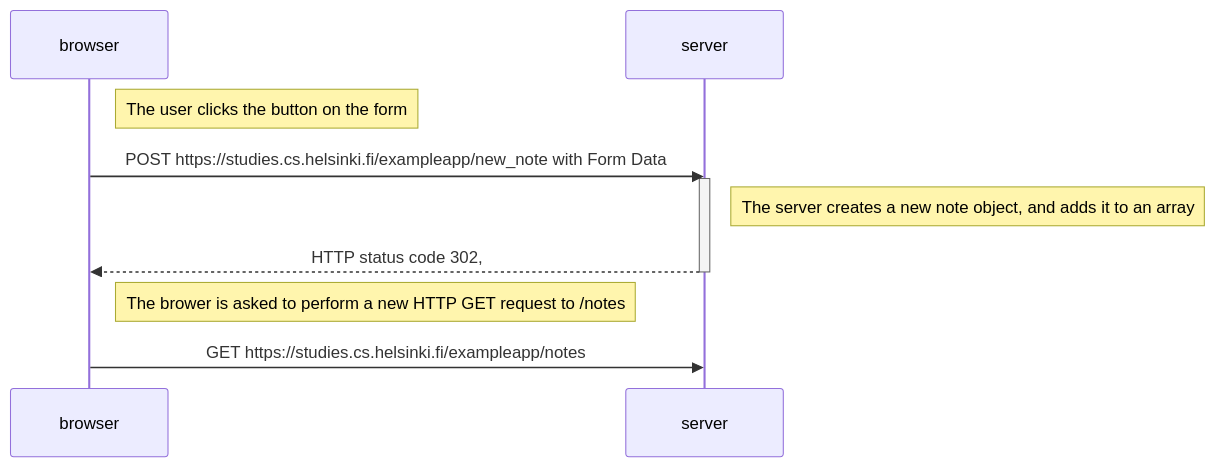
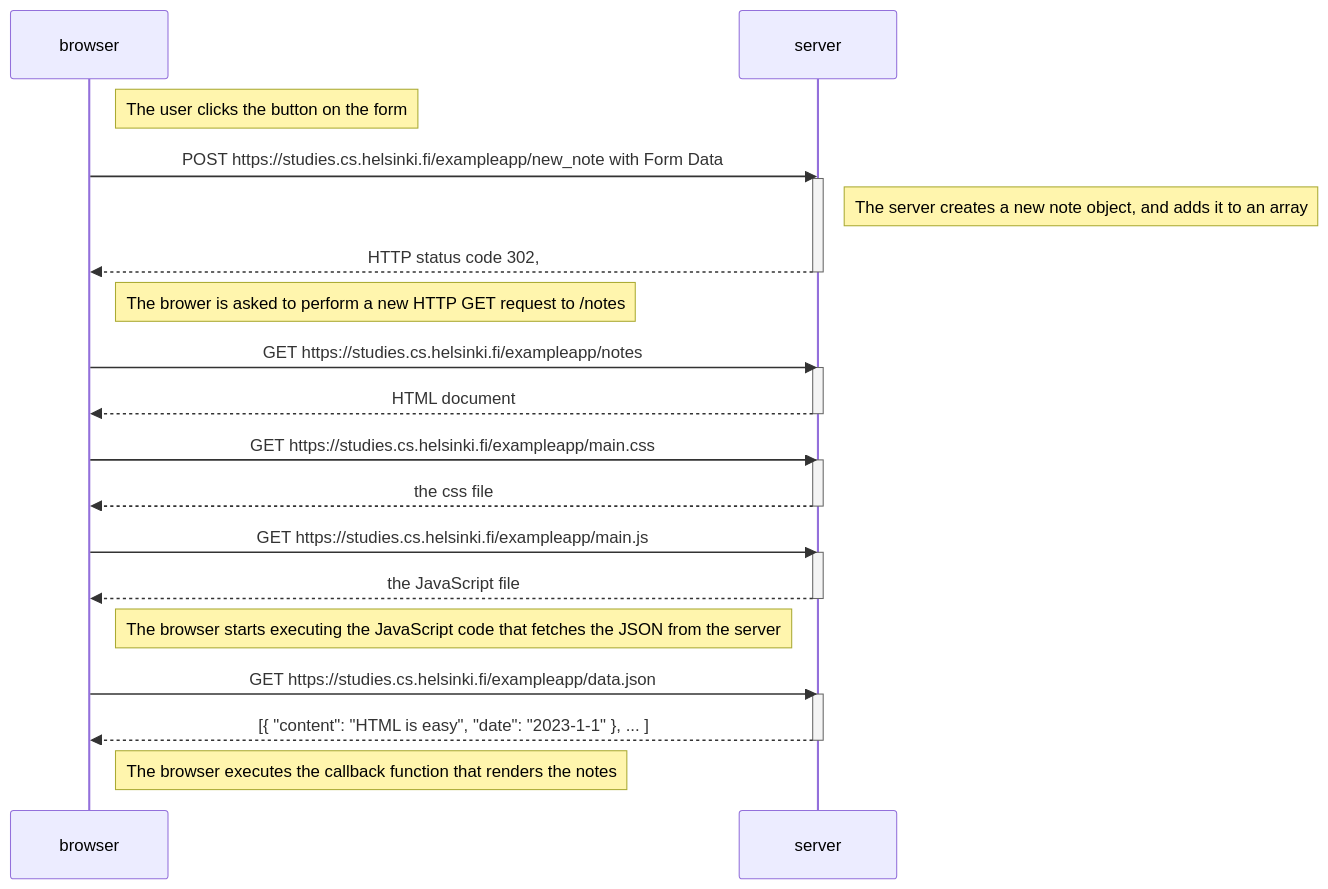
The diagram in part0/exercise-0.4.md (shirodune/full-stack-open-2024), drawn with Mermaid before and after one commit.

````diff
--- a/part0/exercise-0.4.md
+++ b/part0/exercise-0.4.md
@@ -1,16 +1,38 @@
 ```mermaid
 sequenceDiagram
     participant browser
     participant server
 
     Note right of browser: The user clicks the button on the form
     browser->>server: POST https://studies.cs.helsinki.fi/exampleapp/new_note with Form Data
     activate server
     Note right of server: The server creates a new note object, and adds it to an array
     server-->>browser: HTTP status code 302, 
     deactivate server
 
     Note right of browser: The brower is asked to perform a new HTTP GET request to /notes
 
     browser->>server: GET https://studies.cs.helsinki.fi/exampleapp/notes
+    activate server
+    server-->>browser: HTML document
+    deactivate server
+
+    browser->>server: GET https://studies.cs.helsinki.fi/exampleapp/main.css
+    activate server
+    server-->>browser: the css file
+    deactivate server
+
+    browser->>server: GET https://studies.cs.helsinki.fi/exampleapp/main.js
+    activate server
+    server-->>browser: the JavaScript file
+    deactivate server
+
+    Note right of browser: The browser starts executing the JavaScript code that fetches the JSON from the server
+
+    browser->>server: GET https://studies.cs.helsinki.fi/exampleapp/data.json
+    activate server
+    server-->>browser: [{ "content": "HTML is easy", "date": "2023-1-1" }, ... ]
+    deactivate server
+
+    Note right of browser: The browser executes the callback function that renders the notes
 ```
````
